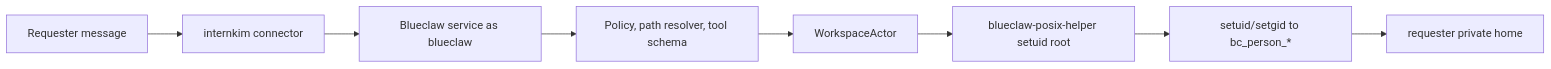
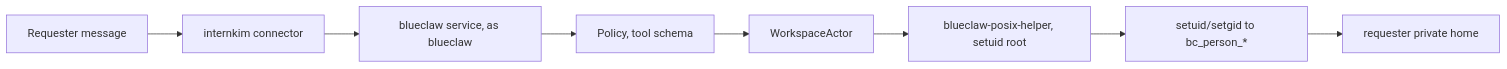
Before and after one commit to yeomyeonggeori/internkim: the first of 2 diagrams in README.md, drawn with Mermaid. The commit also changed other lines of this file, not shown here.

````diff
--- a/README.md
+++ b/README.md
@@ -82,10 +115,10 @@
 ```mermaid
 flowchart LR
   User["Requester message"] --> Connector["internkim connector"]
-  Connector --> Blueclaw["Blueclaw service as blueclaw"]
-  Blueclaw --> Policy["Policy, path resolver, tool schema"]
+  Connector --> Blueclaw["blueclaw service, as blueclaw"]
+  Blueclaw --> Policy["Policy, tool schema"]
   Policy --> Actor["WorkspaceActor"]
-  Actor --> Helper["blueclaw-posix-helper setuid root"]
+  Actor --> Helper["blueclaw-posix-helper, setuid root"]
   Helper --> Requester["setuid/setgid to bc_person_*"]
   Requester --> Workspace["requester private home"]
 ```
````
